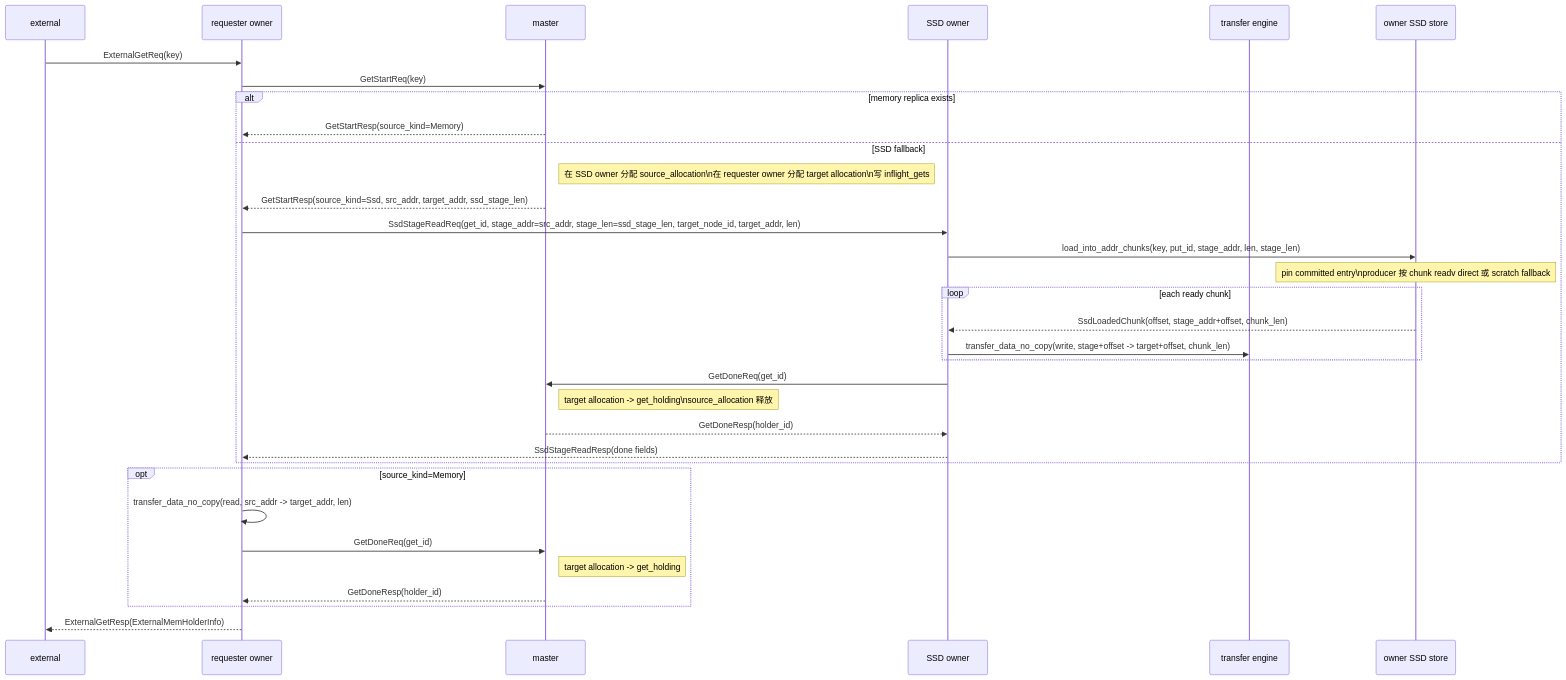
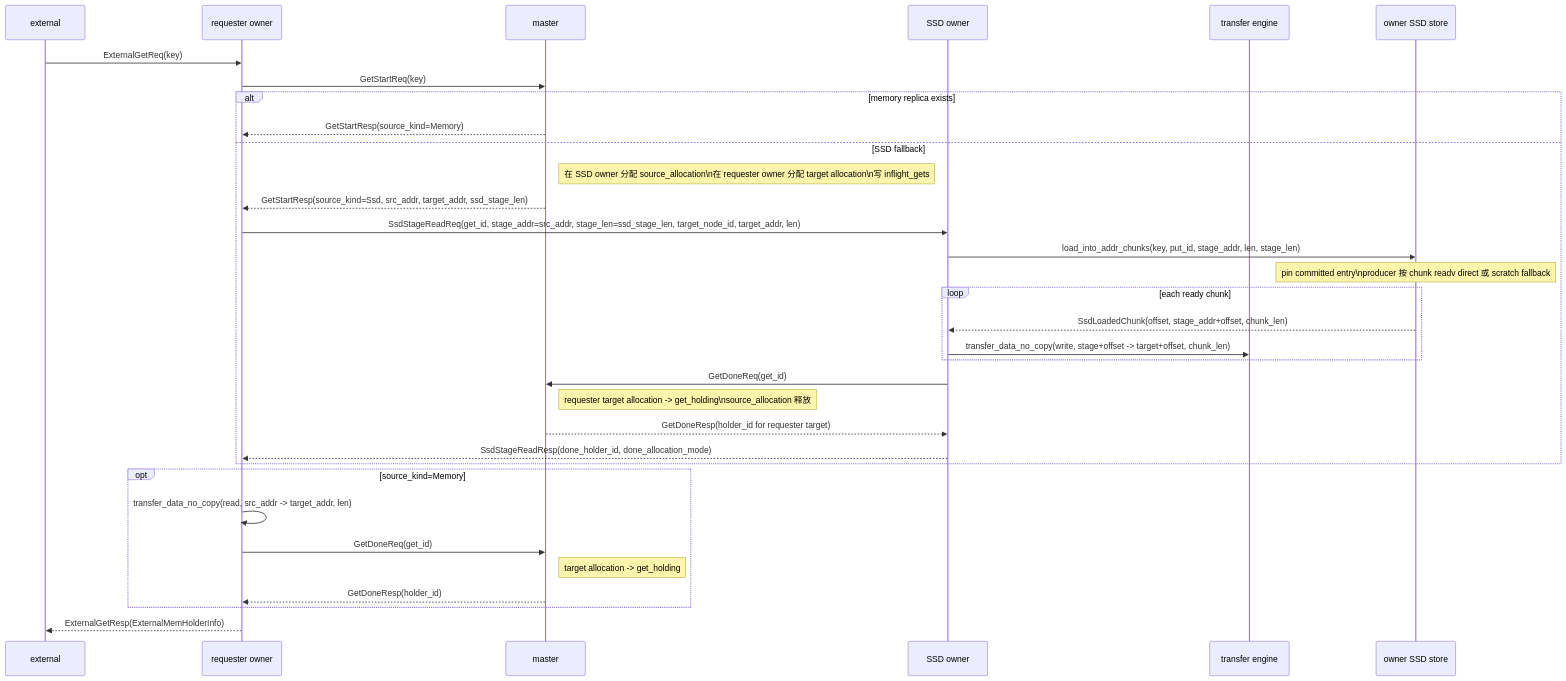
One commit to Tele-AI/Fluxon changed the fourth of 6 diagrams in fluxon_doc_cn/design/kv_5_SSD存储设计.md. Above: the diagram before and after it, drawn with Mermaid. The commit also changed other lines of this file, not shown here.

Commit message:
docs: update SSD KV storage design

````diff
--- a/fluxon_doc_cn/design/kv_5_SSD存储设计.md
+++ b/fluxon_doc_cn/design/kv_5_SSD存储设计.md
@@ -298,36 +335,36 @@
 ```mermaid
 sequenceDiagram
     participant E as external
     participant RO as requester owner
     participant M as master
     participant SO as SSD owner
     participant TE as transfer engine
     participant SSD as owner SSD store
 
     E->>RO: ExternalGetReq(key)
     RO->>M: GetStartReq(key)
     alt memory replica exists
         M-->>RO: GetStartResp(source_kind=Memory)
     else SSD fallback
         Note right of M: 在 SSD owner 分配 source_allocation\n在 requester owner 分配 target allocation\n写 inflight_gets
         M-->>RO: GetStartResp(source_kind=Ssd, src_addr, target_addr, ssd_stage_len)
         RO->>SO: SsdStageReadReq(get_id, stage_addr=src_addr, stage_len=ssd_stage_len, target_node_id, target_addr, len)
         SO->>SSD: load_into_addr_chunks(key, put_id, stage_addr, len, stage_len)
         Note over SSD: pin committed entry\nproducer 按 chunk readv direct 或 scratch fallback
         loop each ready chunk
             SSD-->>SO: SsdLoadedChunk(offset, stage_addr+offset, chunk_len)
             SO->>TE: transfer_data_no_copy(write, stage+offset -> target+offset, chunk_len)
         end
         SO->>M: GetDoneReq(get_id)
-        Note right of M: target allocation -> get_holding\nsource_allocation 释放
-        M-->>SO: GetDoneResp(holder_id)
-        SO-->>RO: SsdStageReadResp(done fields)
+        Note right of M: requester target allocation -> get_holding\nsource_allocation 释放
+        M-->>SO: GetDoneResp(holder_id for requester target)
+        SO-->>RO: SsdStageReadResp(done_holder_id, done_allocation_mode)
     end
     opt source_kind=Memory
         RO->>RO: transfer_data_no_copy(read, src_addr -> target_addr, len)
         RO->>M: GetDoneReq(get_id)
         Note right of M: target allocation -> get_holding
         M-->>RO: GetDoneResp(holder_id)
     end
     RO-->>E: ExternalGetResp(ExternalMemHolderInfo)
 ```
````
